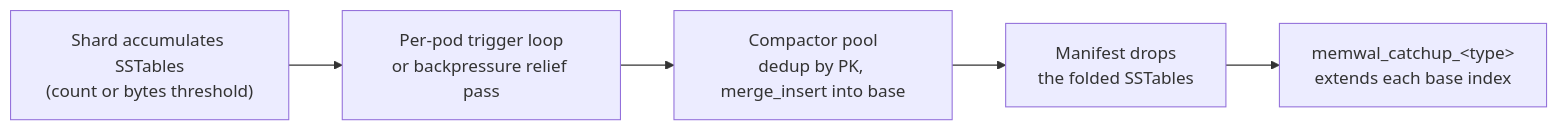
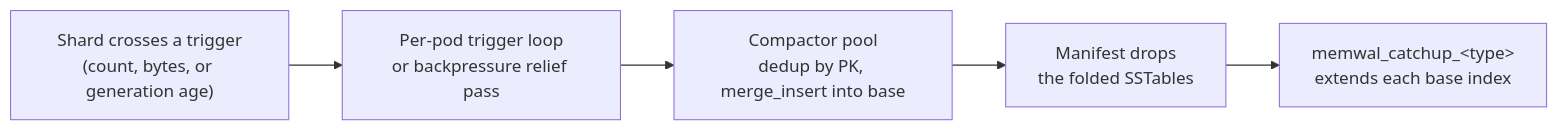
One commit to lancedb/lancedb changed the first of 2 diagrams in docs/web/enterprise/realtime-engine-compaction.mdx. Above: the diagram before and after it, drawn with Mermaid. The commit also changed other lines of this file and 47 other files, not shown here.

````diff
--- a/docs/web/enterprise/realtime-engine-compaction.mdx
+++ b/docs/web/enterprise/realtime-engine-compaction.mdx
@@ -74,7 +79,7 @@
 ```mermaid
 flowchart LR
-    A["Shard accumulates SSTables<br/>(count or bytes threshold)"] --> B["Per-pod trigger loop<br/>or backpressure relief pass"]
+    A["Shard crosses a trigger<br/>(count, bytes, or generation age)"] --> B["Per-pod trigger loop<br/>or backpressure relief pass"]
     B --> C["Compactor pool<br/>dedup by PK, merge_insert into base"]
     C --> D["Manifest drops<br/>the folded SSTables"]
     D --> E["memwal_catchup_&lt;type&gt;<br/>extends each base index"]
 ```
````
